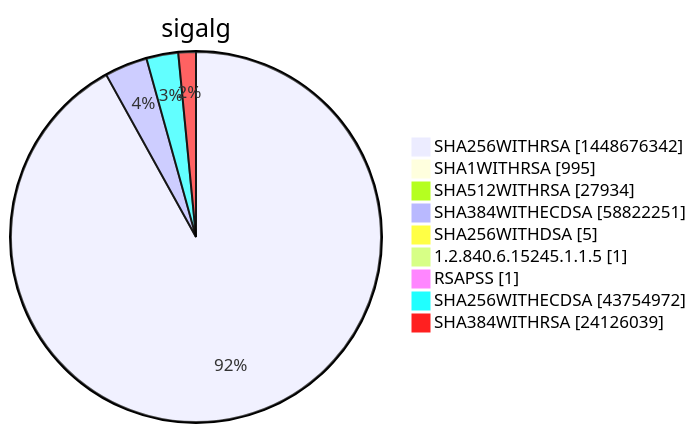
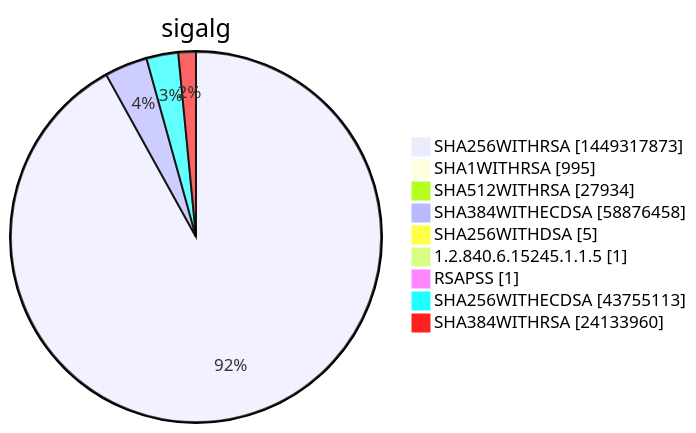
Before and after one commit to christiankrug/ctmonitor_visualization: diagram 15 of 15 in xenon2022/README.md, drawn with Mermaid. The commit also changed other lines of this file, not shown here.

````diff
--- a/xenon2022/README.md
+++ b/xenon2022/README.md
@@ -5862,13 +5862,13 @@
 ```mermaid
 pie showData
 title sigalg
-"SHA256WITHRSA" :1448676342
+"SHA256WITHRSA" :1449317873
 "SHA1WITHRSA" :995
 "SHA512WITHRSA" :27934
-"SHA384WITHECDSA" :58822251
+"SHA384WITHECDSA" :58876458
 "SHA256WITHDSA" :5
 "1.2.840.6.15245.1.1.5" :1
 "RSAPSS" :1
-"SHA256WITHECDSA" :43754972
-"SHA384WITHRSA" :24126039
+"SHA256WITHECDSA" :43755113
+"SHA384WITHRSA" :24133960
 ```
````
